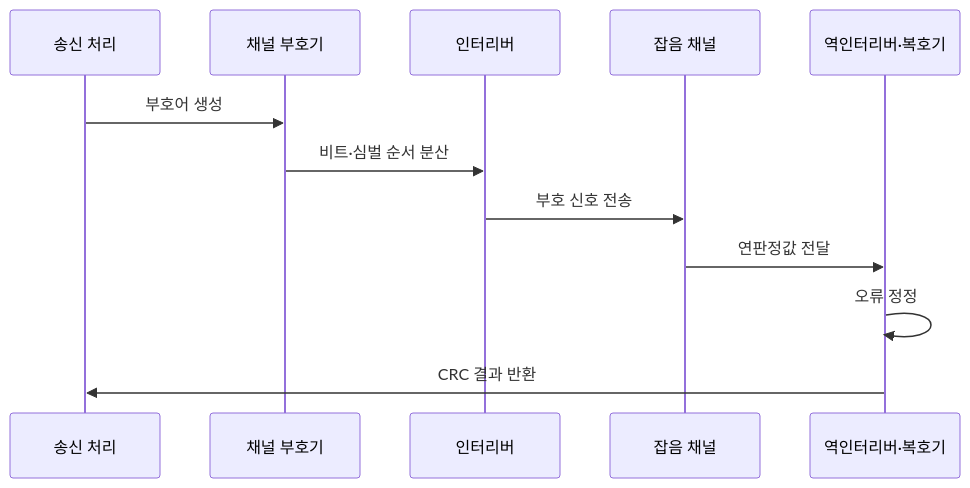
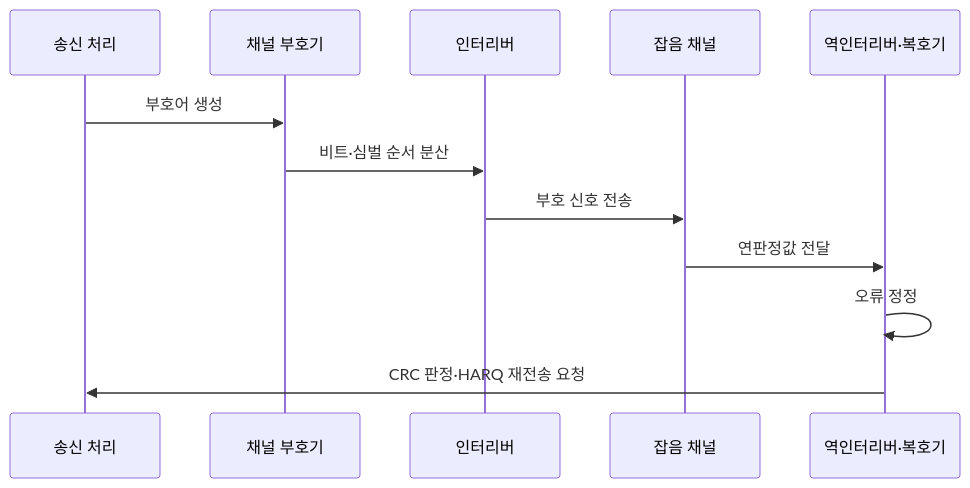
The second of 2 diagrams in src/content/docs/notes/04-network/063_channel_coding.md (agnusdei1207/knowledge-base), drawn with Mermaid before and after one commit. The commit also changed other lines of this file and 7 other files, not shown here.

````diff
--- a/src/content/docs/notes/04-network/063_channel_coding.md
+++ b/src/content/docs/notes/04-network/063_channel_coding.md
@@ -91,14 +91,14 @@
 ```mermaid
 sequenceDiagram
     participant S as 송신 처리
     participant E as 채널 부호기
     participant I as 인터리버
     participant C as 잡음 채널
     participant D as 역인터리버·복호기
     S->>E: 부호어 생성
     E->>I: 비트·심벌 순서 분산
     I->>C: 부호 신호 전송
     C->>D: 연판정값 전달
     D->>D: 오류 정정
-    D->>S: CRC 결과 반환
+    D->>S: CRC 판정·HARQ 재전송 요청
 ```
````
